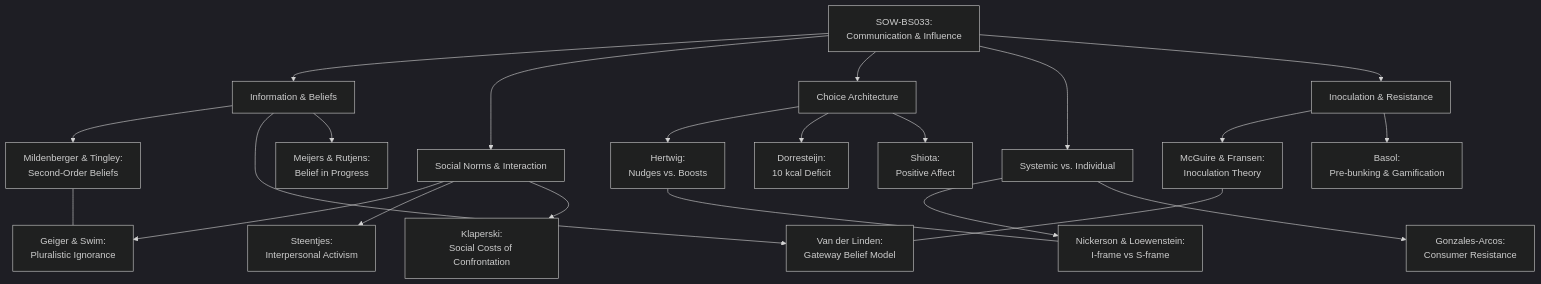
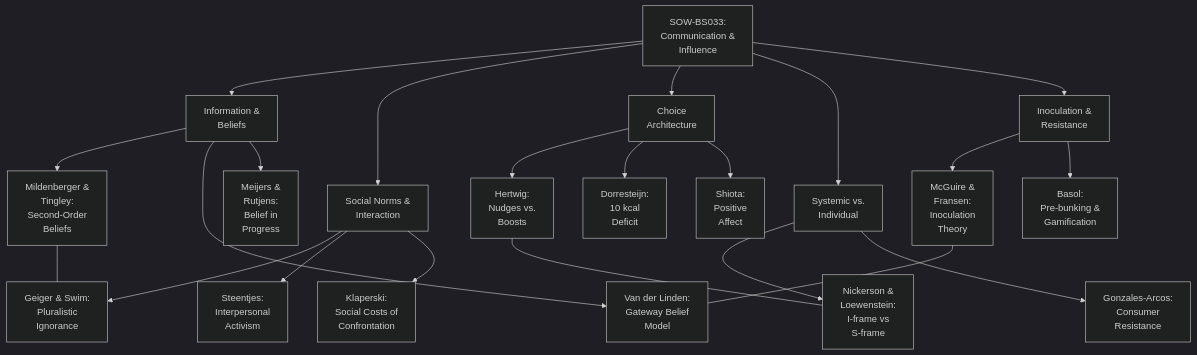
Before and after one commit to GM024/CourseSummaries: the first of 7 diagrams in Communication_Influence/Mastery_Guide_SOW_BS033.md, drawn with Mermaid (dark theme). The commit also changed other lines of this file, not shown here.

Commit message:
Apply aggressive vertical wrapping to all Mermaid diagrams

````diff
--- a/Communication_Influence/Mastery_Guide_SOW_BS033.md
+++ b/Communication_Influence/Mastery_Guide_SOW_BS033.md
@@ -7,30 +7,30 @@
 ```mermaid
 graph TD
-    A[SOW-BS033:<br/>Communication & Influence] --> B[Information & Beliefs]
-    A --> C[Social Norms & Interaction]
-    A --> D[Choice Architecture]
-    A --> E[Systemic vs. Individual]
-    A --> F[Inoculation & Resistance]
+    A[SOW-BS033:<br/>Communication &<br/>Influence] --> B[Information &<br/>Beliefs]
+    A --> C[Social Norms &<br/>Interaction]
+    A --> D[Choice<br/>Architecture]
+    A --> E[Systemic vs.<br/>Individual]
+    A --> F[Inoculation &<br/>Resistance]
 
-    B --> B1[Mildenberger & Tingley:<br/>Second-Order Beliefs]
-    B --> B2[Van der Linden:<br/>Gateway Belief Model]
-    B --> B3[Meijers & Rutjens:<br/>Belief in Progress]
+    B --> B1[Mildenberger &<br/>Tingley:<br/>Second-Order<br/>Beliefs]
+    B --> B2[Van der Linden:<br/>Gateway Belief<br/>Model]
+    B --> B3[Meijers &<br/>Rutjens:<br/>Belief in<br/>Progress]
 
-    C --> C1[Geiger & Swim:<br/>Pluralistic Ignorance]
-    C --> C2[Steentjes:<br/>Interpersonal Activism]
-    C --> C3[Klaperski:<br/>Social Costs of Confrontation]
+    C --> C1[Geiger & Swim:<br/>Pluralistic<br/>Ignorance]
+    C --> C2[Steentjes:<br/>Interpersonal<br/>Activism]
+    C --> C3[Klaperski:<br/>Social Costs of<br/>Confrontation]
 
-    D --> D1[Hertwig:<br/>Nudges vs. Boosts]
-    D --> D2[Dorresteijn:<br/>10 kcal Deficit]
-    D --> D3[Shiota:<br/>Positive Affect]
+    D --> D1[Hertwig:<br/>Nudges vs.<br/>Boosts]
+    D --> D2[Dorresteijn:<br/>10 kcal<br/>Deficit]
+    D --> D3[Shiota:<br/>Positive<br/>Affect]
 
-    E --> E1[Nickerson & Loewenstein:<br/>I-frame vs S-frame]
-    E --> E2[Gonzales-Arcos:<br/>Consumer Resistance]
+    E --> E1[Nickerson &<br/>Loewenstein:<br/>I-frame vs<br/>S-frame]
+    E --> E2[Gonzales-Arcos:<br/>Consumer<br/>Resistance]
 
-    F --> F1[McGuire & Fransen:<br/>Inoculation Theory]
-    F --> F2[Basol:<br/>Pre-bunking & Gamification]
+    F --> F1[McGuire &<br/>Fransen:<br/>Inoculation<br/>Theory]
+    F --> F2[Basol:<br/>Pre-bunking &<br/>Gamification]
 
     B1 --- C1
     D1 --- E1
     F1 --- B2
 ```
````
